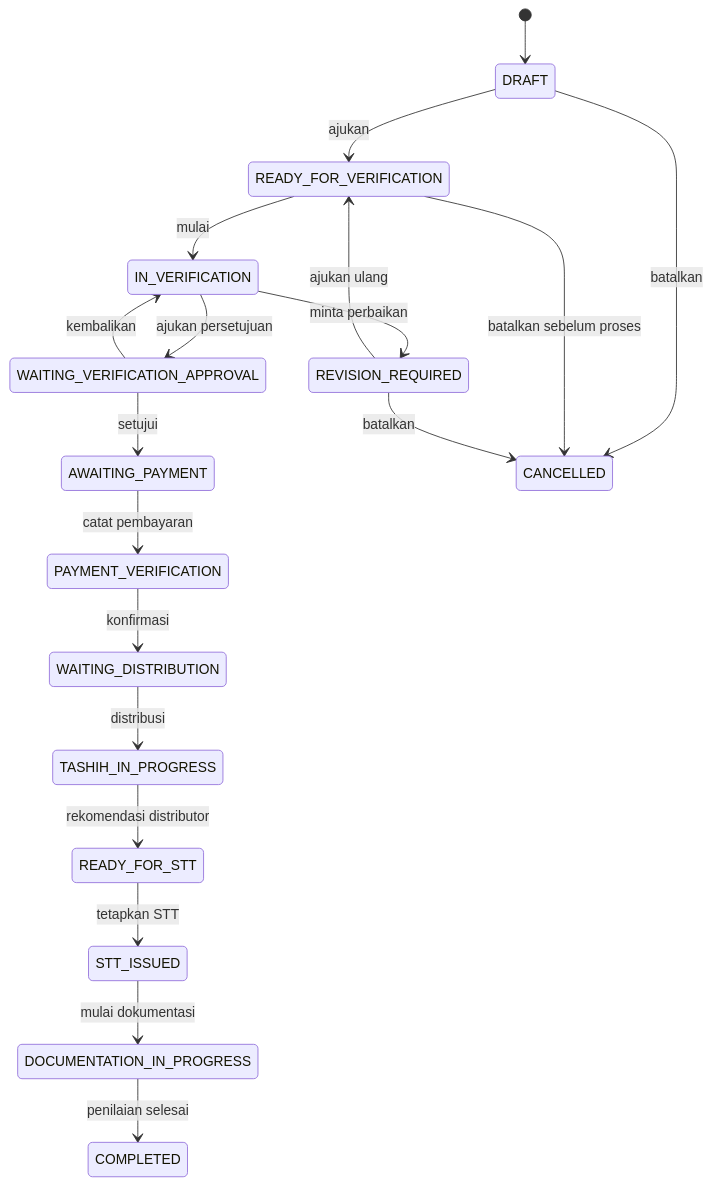
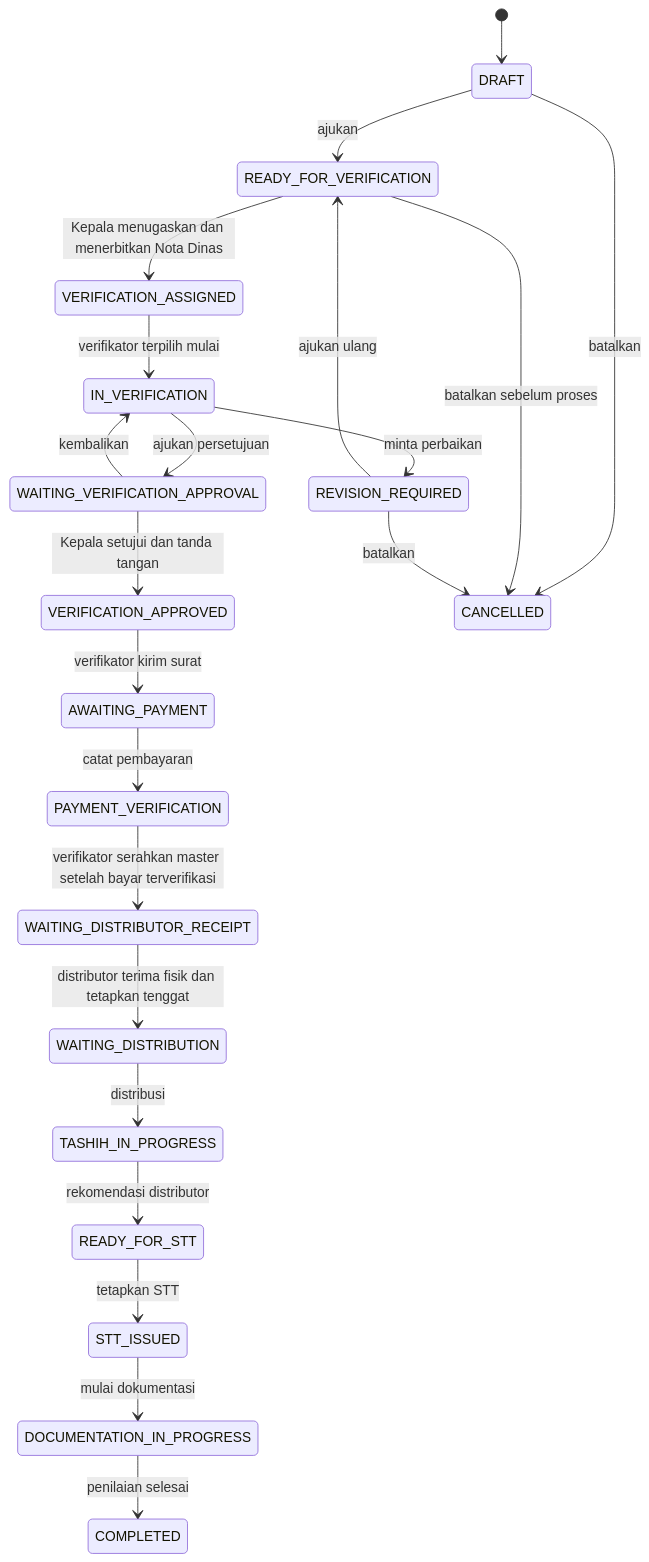
The second of 2 diagrams in DESIGN.MD (farisifakhri/lpmqtashihhub), drawn with Mermaid before and after one commit. The commit also changed 19 other files, not shown here.

````diff
--- a/DESIGN.MD
+++ b/DESIGN.MD
@@ -92,21 +92,24 @@
 ```mermaid
 stateDiagram-v2
     [*] --> DRAFT
     DRAFT --> READY_FOR_VERIFICATION: ajukan
-    READY_FOR_VERIFICATION --> IN_VERIFICATION: mulai
+    READY_FOR_VERIFICATION --> VERIFICATION_ASSIGNED: Kepala menugaskan dan menerbitkan Nota Dinas
+    VERIFICATION_ASSIGNED --> IN_VERIFICATION: verifikator terpilih mulai
     IN_VERIFICATION --> REVISION_REQUIRED: minta perbaikan
     REVISION_REQUIRED --> READY_FOR_VERIFICATION: ajukan ulang
     IN_VERIFICATION --> WAITING_VERIFICATION_APPROVAL: ajukan persetujuan
     WAITING_VERIFICATION_APPROVAL --> IN_VERIFICATION: kembalikan
-    WAITING_VERIFICATION_APPROVAL --> AWAITING_PAYMENT: setujui
+    WAITING_VERIFICATION_APPROVAL --> VERIFICATION_APPROVED: Kepala setujui dan tanda tangan
+    VERIFICATION_APPROVED --> AWAITING_PAYMENT: verifikator kirim surat
     AWAITING_PAYMENT --> PAYMENT_VERIFICATION: catat pembayaran
-    PAYMENT_VERIFICATION --> WAITING_DISTRIBUTION: konfirmasi
+    PAYMENT_VERIFICATION --> WAITING_DISTRIBUTOR_RECEIPT: verifikator serahkan master setelah bayar terverifikasi
+    WAITING_DISTRIBUTOR_RECEIPT --> WAITING_DISTRIBUTION: distributor terima fisik dan tetapkan tenggat
     WAITING_DISTRIBUTION --> TASHIH_IN_PROGRESS: distribusi
     TASHIH_IN_PROGRESS --> READY_FOR_STT: rekomendasi distributor
     READY_FOR_STT --> STT_ISSUED: tetapkan STT
     STT_ISSUED --> DOCUMENTATION_IN_PROGRESS: mulai dokumentasi
     DOCUMENTATION_IN_PROGRESS --> COMPLETED: penilaian selesai
     DRAFT --> CANCELLED: batalkan
     READY_FOR_VERIFICATION --> CANCELLED: batalkan sebelum proses
     REVISION_REQUIRED --> CANCELLED: batalkan
 ```
````
